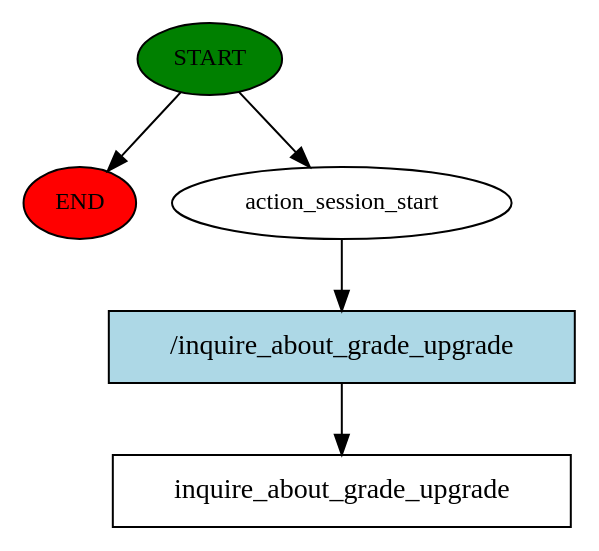
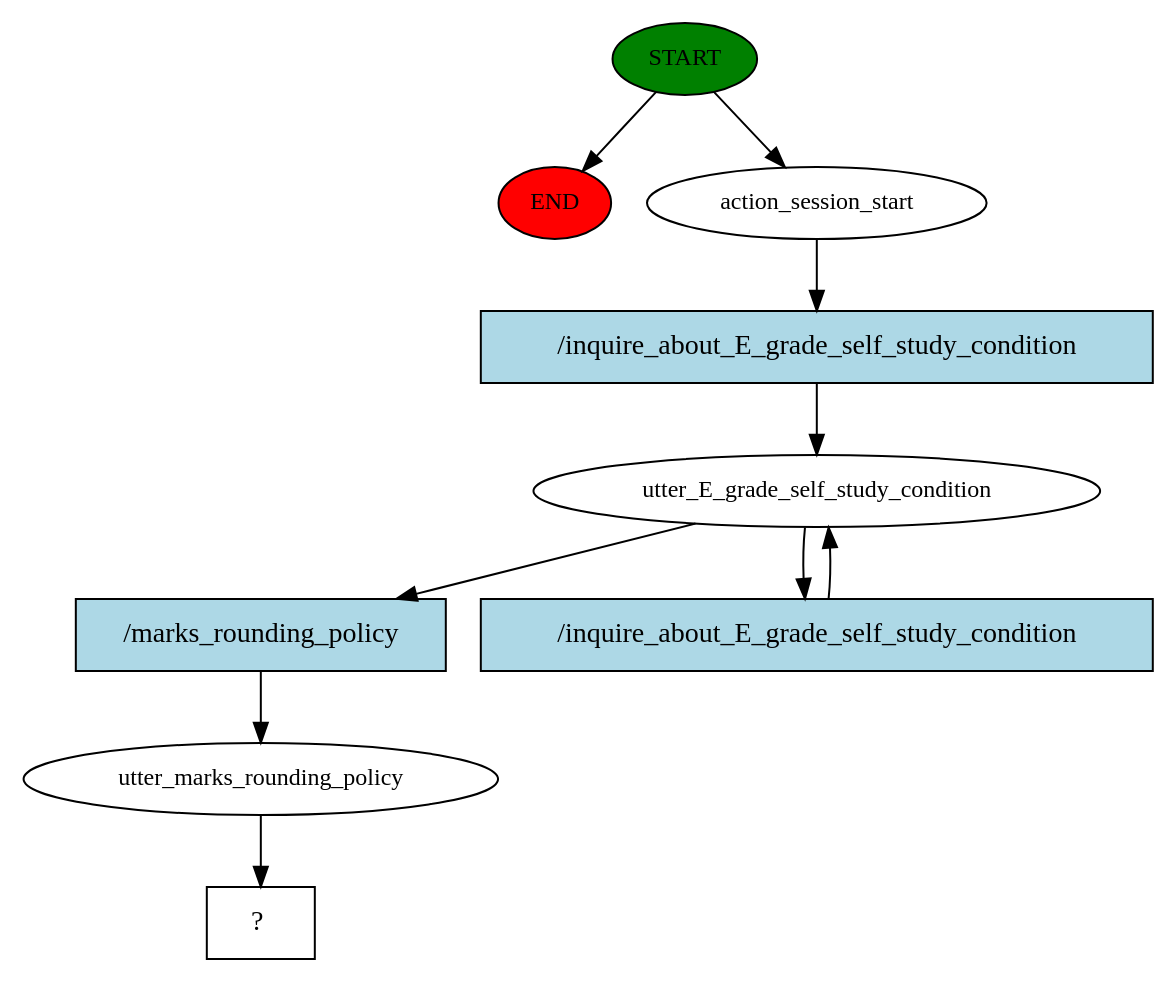
The diagram in story_graph.dot (ChatBotCreater/CompleteBot), drawn with Graphviz before and after one commit. The commit also changed 104 other files, not shown here.

Commit message:
added marks_round_policy ,utter,intent,rule

```diff
--- a/story_graph.dot
+++ b/story_graph.dot
@@ -1,11 +1,20 @@
 digraph  {
 0 [class="start active", fillcolor=green, fontsize=12, label=START, style=filled];
 "-1" [class=end, fillcolor=red, fontsize=12, label=END, style=filled];
 1 [class=active, fontsize=12, label=action_session_start];
-2 [class="intent dashed active", label=inquire_about_grade_upgrade, shape=rect];
-3 [class="intent active", fillcolor=lightblue, label="/inquire_about_grade_upgrade", shape=rect, style=filled];
+2 [class=active, fontsize=12, label=utter_E_grade_self_study_condition];
+4 [class=active, fontsize=12, label=utter_marks_rounding_policy];
+5 [class="intent dashed active", label="  ?  ", shape=rect];
+6 [class="intent active", fillcolor=lightblue, label="/inquire_about_E_grade_self_study_condition", shape=rect, style=filled];
+7 [class="intent active", fillcolor=lightblue, label="/marks_rounding_policy", shape=rect, style=filled];
+8 [class="intent active", fillcolor=lightblue, label="/inquire_about_E_grade_self_study_condition", shape=rect, style=filled];
 0 -> "-1"  [class="", key=NONE, label=""];
 0 -> 1  [class=active, key=NONE, label=""];
-1 -> 3  [class=active, key=0];
-3 -> 2  [class=active, key=0];
+1 -> 6  [class=active, key=0];
+2 -> 7  [class=active, key=0];
+2 -> 8  [class=active, key=0];
+4 -> 5  [class=active, key=NONE, label=""];
+6 -> 2  [class=active, key=0];
+7 -> 4  [class=active, key=0];
+8 -> 2  [class=active, key=0];
 }
```
